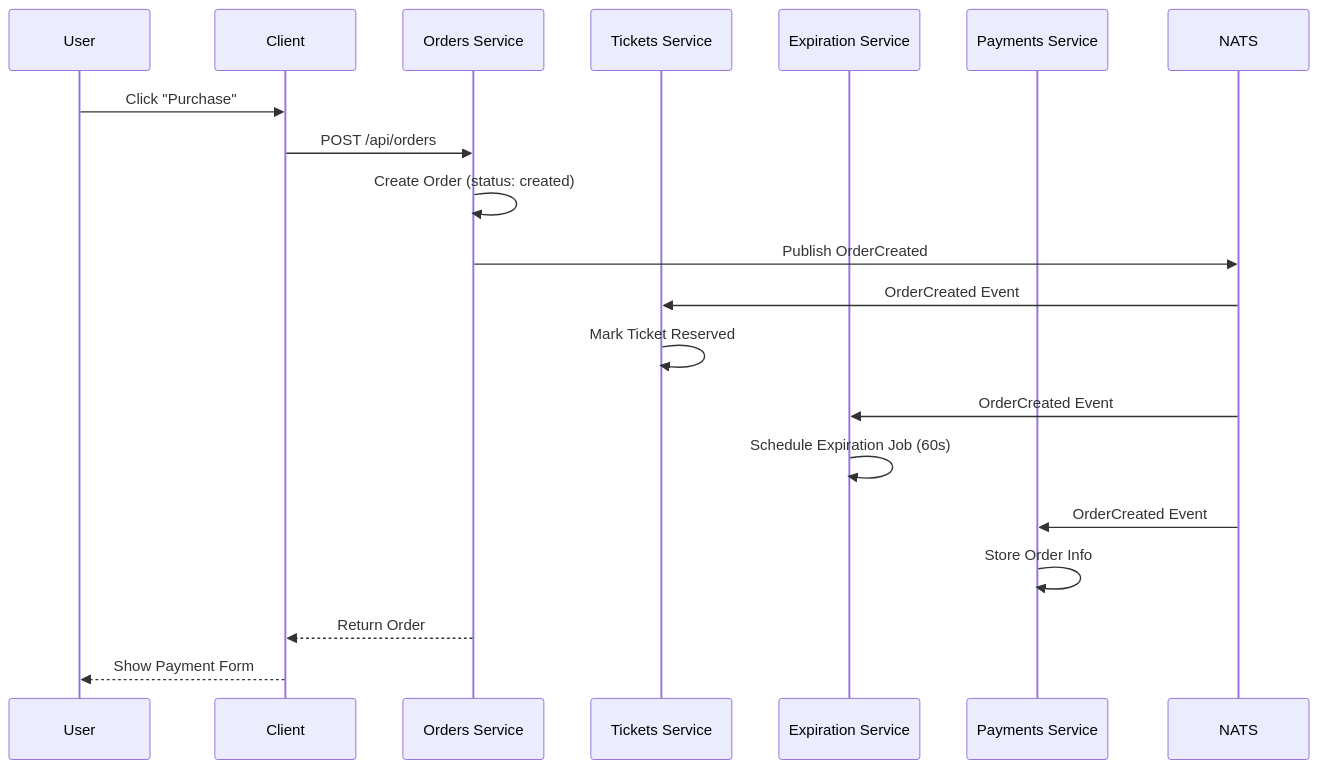
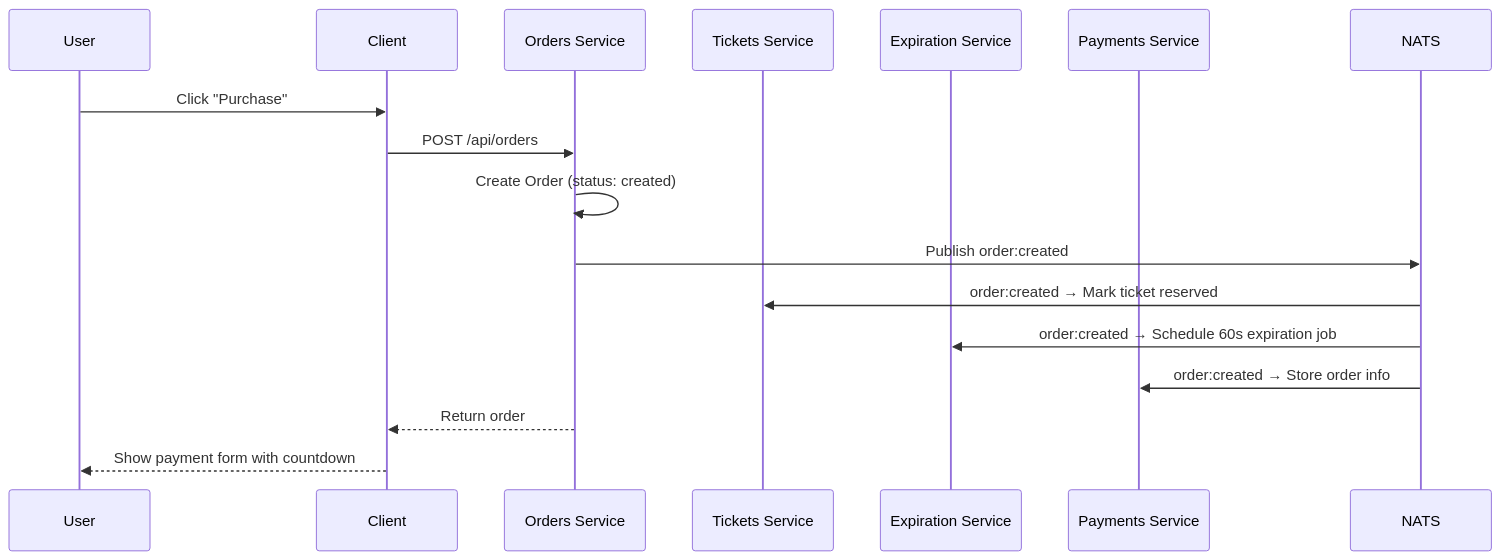
One commit to Ankiitsingh21/ShowSphere changed the second of 4 diagrams in README.md. Above: the diagram before and after it, drawn with Mermaid. The commit also changed other lines of this file, not shown here.

````diff
--- a/README.md
+++ b/README.md
@@ -331,45 +190,20 @@
 ```mermaid
+sequenceDiagram
+  participant U as User
+  participant C as Client
+  participant O as Orders Service
+  participant T as Tickets Service
+  participant E as Expiration Service
+  participant P as Payments Service
+  participant N as NATS
 
-sequenceDiagram
-
-participant U as User
-
-participant C as Client
-
-participant O as Orders Service
-
-participant T as Tickets Service
-
-participant E as Expiration Service
-
-participant P as Payments Service
-
-participant N as NATS
-
-  
-
-U->>C: Click "Purchase"
-
-C->>O: POST /api/orders
-
-O->>O: Create Order (status: created)
-
-O->>N: Publish OrderCreated
-
-N->>T: OrderCreated Event
-
-T->>T: Mark Ticket Reserved
-
-N->>E: OrderCreated Event
-
-E->>E: Schedule Expiration Job (60s)
-
-N->>P: OrderCreated Event
-
-P->>P: Store Order Info
-
-O-->>C: Return Order
-
-C-->>U: Show Payment Form
-
+  U->>C: Click "Purchase"
+  C->>O: POST /api/orders
+  O->>O: Create Order (status: created)
+  O->>N: Publish order:created
+  N->>T: order:created → Mark ticket reserved
+  N->>E: order:created → Schedule 60s expiration job
+  N->>P: order:created → Store order info
+  O-->>C: Return order
+  C-->>U: Show payment form with countdown
 ```
````
